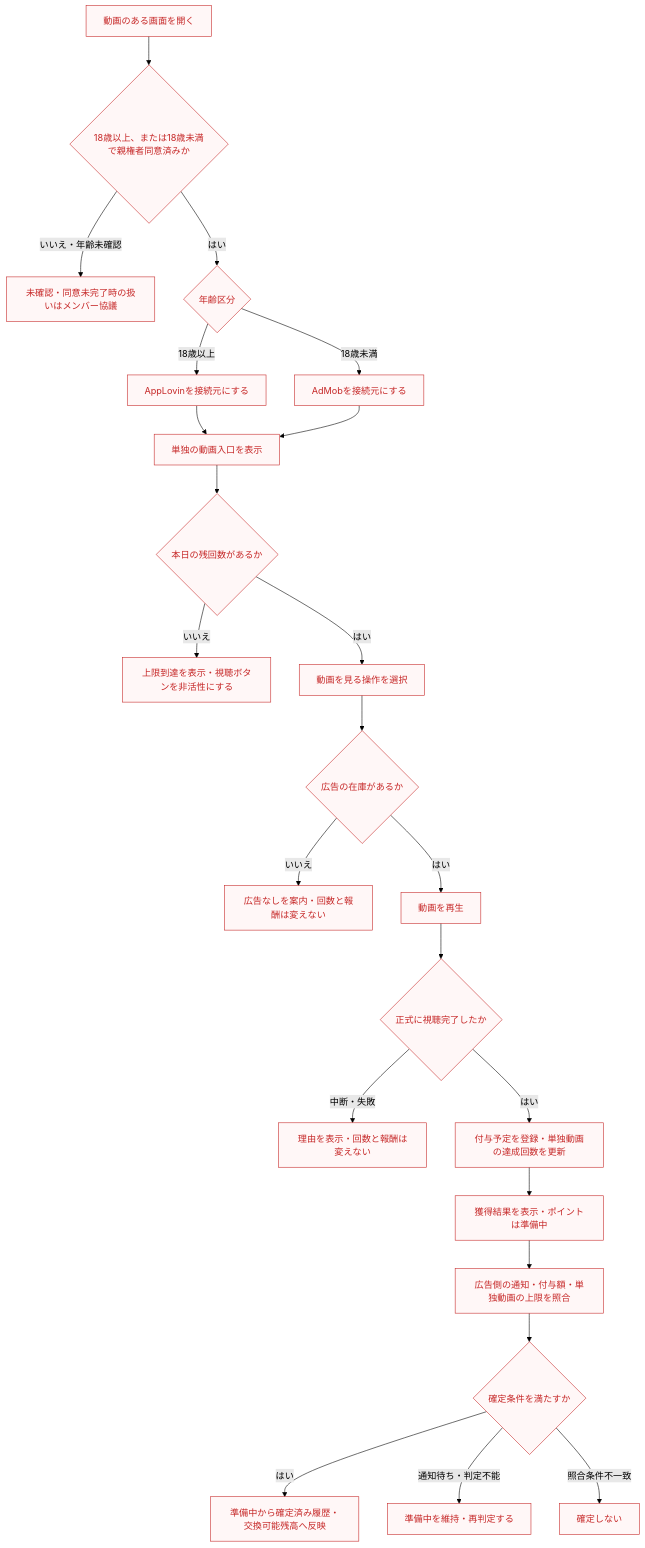
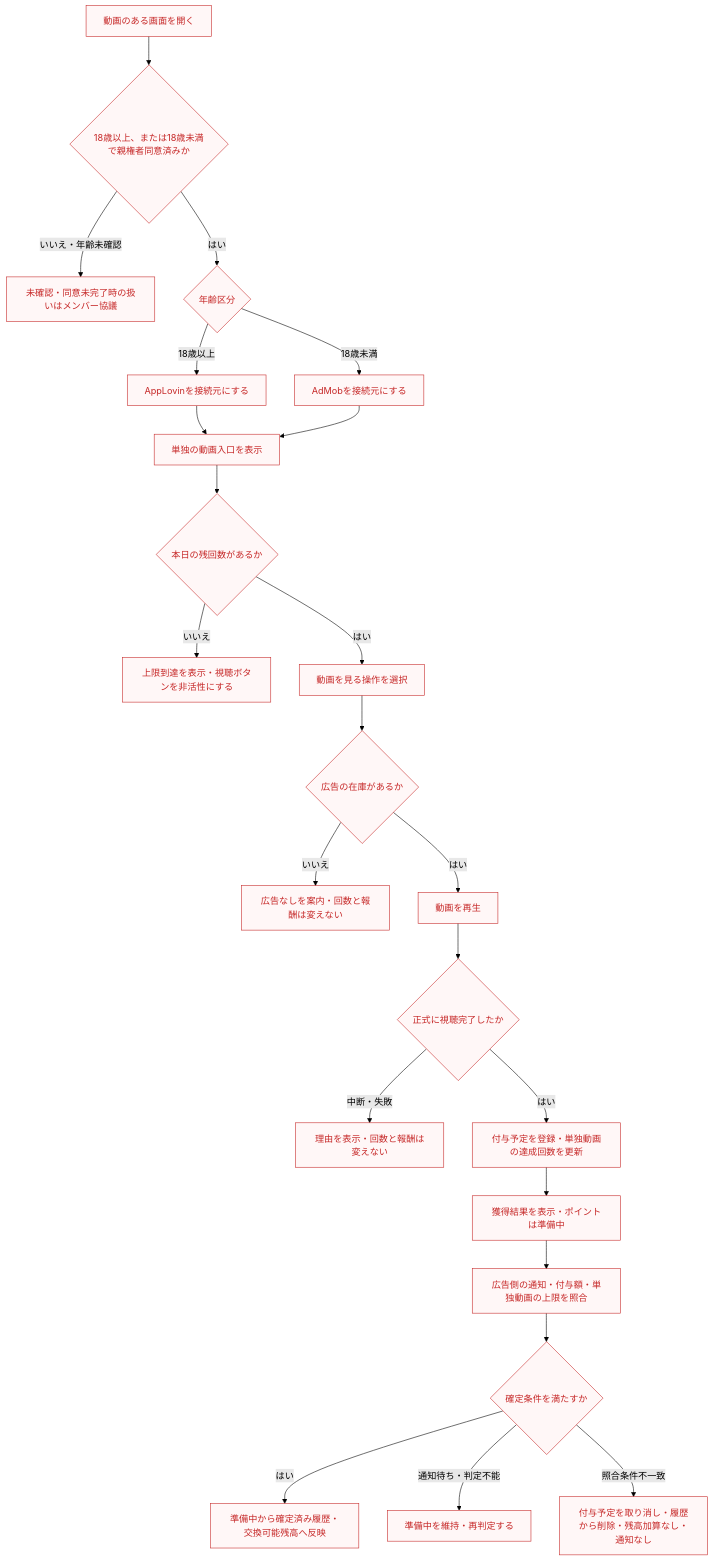
Before and after one commit to Min-Thu-Khant/pochipo-mock-en: the diagram in docs/prd/features/F09-rewarded-video.md, drawn with Mermaid (forest theme). The commit also changed other lines of this file, not shown here.

````diff
--- a/docs/prd/features/F09-rewarded-video.md
+++ b/docs/prd/features/F09-rewarded-video.md
@@ -61,27 +61,27 @@
 ```mermaid
 flowchart TD
   openScreen["動画のある画面を開く"] --> eligible{"18歳以上、または18歳未満で親権者同意済みか"}
   eligible -->|いいえ・年齢未確認| unresolvedAge["未確認・同意未完了時の扱いはメンバー協議"]
   eligible -->|はい| ageGroup{"年齢区分"}
   ageGroup -->|18歳以上| adult["AppLovinを接続元にする"]
   ageGroup -->|18歳未満| minor["AdMobを接続元にする"]
   adult --> entry["単独の動画入口を表示"]
   minor --> entry
   entry --> remaining{"本日の残回数があるか"}
   remaining -->|いいえ| capped["上限到達を表示・視聴ボタンを非活性にする"]
   remaining -->|はい| selectVideo["動画を見る操作を選択"]
   selectVideo --> inventory{"広告の在庫があるか"}
   inventory -->|いいえ| noInventory["広告なしを案内・回数と報酬は変えない"]
   inventory -->|はい| playVideo["動画を再生"]
   playVideo --> completed{"正式に視聴完了したか"}
   completed -->|中断・失敗| interrupted["理由を表示・回数と報酬は変えない"]
   completed -->|はい| pending["付与予定を登録・単独動画の達成回数を更新"]
   pending --> result["獲得結果を表示・ポイントは準備中"]
   result --> verification["広告側の通知・付与額・単独動画の上限を照合"]
   verification --> decision{"確定条件を満たすか"}
   decision -->|はい| confirmed["準備中から確定済み履歴・交換可能残高へ反映"]
   decision -->|通知待ち・判定不能| waiting["準備中を維持・再判定する"]
-  decision -->|照合条件不一致| unconfirmed["確定しない"]
+  decision -->|照合条件不一致| unconfirmed["付与予定を取り消し・履歴から削除・残高加算なし・通知なし"]
   classDef review color:#c62828,stroke:#c62828,fill:#fff7f7;
   class openScreen,eligible,unresolvedAge,ageGroup,adult,minor,entry,remaining,capped,selectVideo,inventory,noInventory,playVideo,completed,interrupted,pending,result,verification,decision,confirmed,waiting,unconfirmed review;
 ```
````
